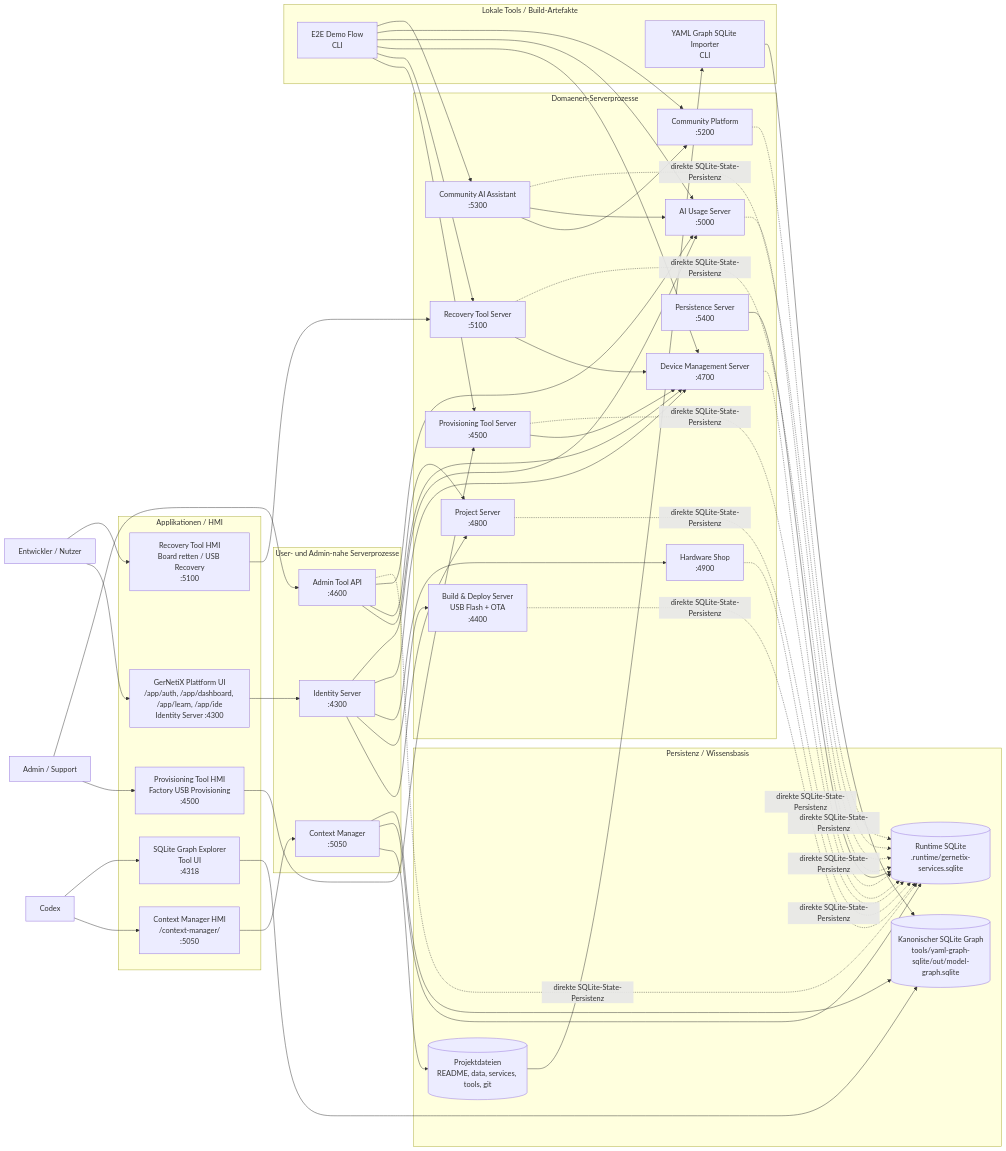
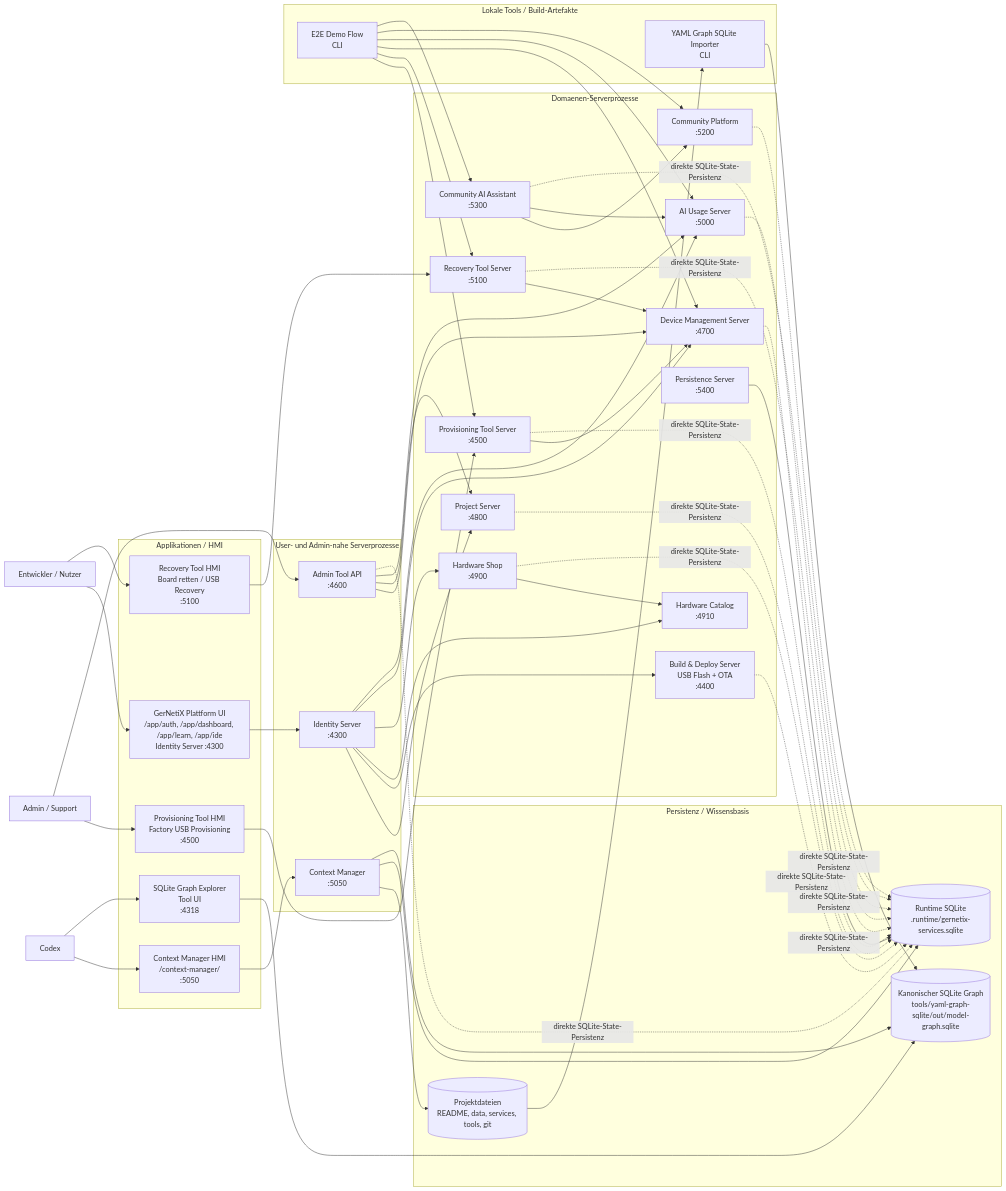
One commit to svenjohanson-web/GerNetiX changed the diagram in docs/system-process-application-uml.md. Above: the diagram before and after it, drawn with Mermaid. The commit also changed other lines of this file and 60 other files, not shown here.

Commit message:
feat: integrate hardware catalog and provisioning workflows

```diff
--- a/docs/system-process-application-uml.md
+++ b/docs/system-process-application-uml.md
@@ -32,6 +32,7 @@
     deviceManagement["Device Management Server<br/>:4700"]
     provisioning["Provisioning Tool Server<br/>:4500"]
     recovery["Recovery Tool Server<br/>:5100"]
+    hardwareCatalog["Hardware Catalog<br/>:4910"]
     hardwareShop["Hardware Shop<br/>:4900"]
     aiUsage["AI Usage Server<br/>:5000"]
     communityPlatform["Community Platform<br/>:5200"]
@@ -65,7 +66,9 @@
 
   identity --> projectServer
   identity --> buildDeploy
-  identity --> hardwareShop
+    identity --> hardwareCatalog
+    identity --> hardwareShop
+    hardwareShop --> hardwareCatalog
   identity --> deviceManagement
   identity --> aiUsage
 
```
